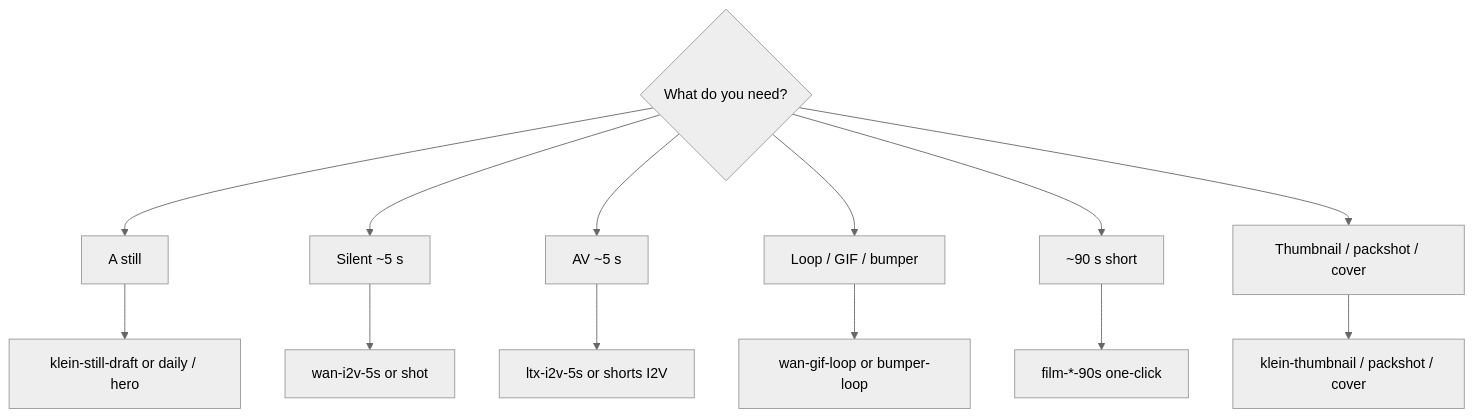
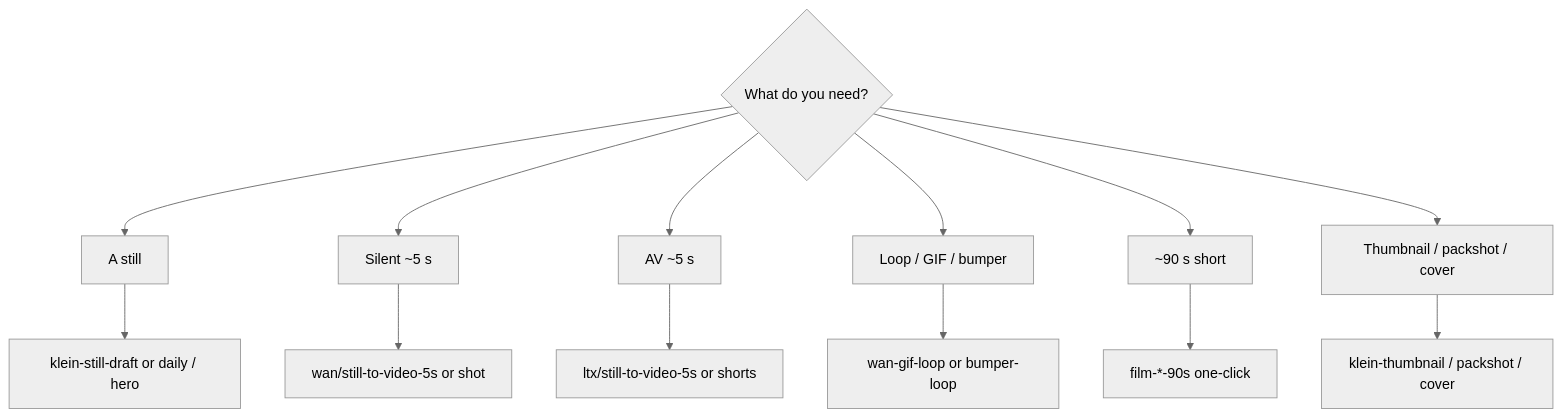
Before and after one commit to toxicoder/ez-comfy-stack: the diagram in docs/studio-workflows.md, drawn with Mermaid (neutral theme). The commit also changed other lines of this file and 434 other files, not shown here.

````diff
--- a/docs/studio-workflows.md
+++ b/docs/studio-workflows.md
@@ -46,15 +46,15 @@
 ```mermaid
 flowchart TB
   Need{"What do you need?"} --> Still["A still"]
   Need --> Motion["Silent ~5 s"]
   Need --> AV["AV ~5 s"]
   Need --> Loop["Loop / GIF / bumper"]
   Need --> Film["~90 s short"]
   Need --> Plate["Thumbnail / packshot / cover"]
   Still --> K["klein-still-draft or daily / hero"]
-  Motion --> W["wan-i2v-5s or shot"]
-  AV --> L["ltx-i2v-5s or shorts I2V"]
+  Motion --> W["wan/still-to-video-5s or shot"]
+  AV --> L["ltx/still-to-video-5s or shorts"]
   Loop --> G["wan-gif-loop or bumper-loop"]
   Film --> F["film-*-90s one-click"]
   Plate --> C["klein-thumbnail / packshot / cover"]
 ```
````
